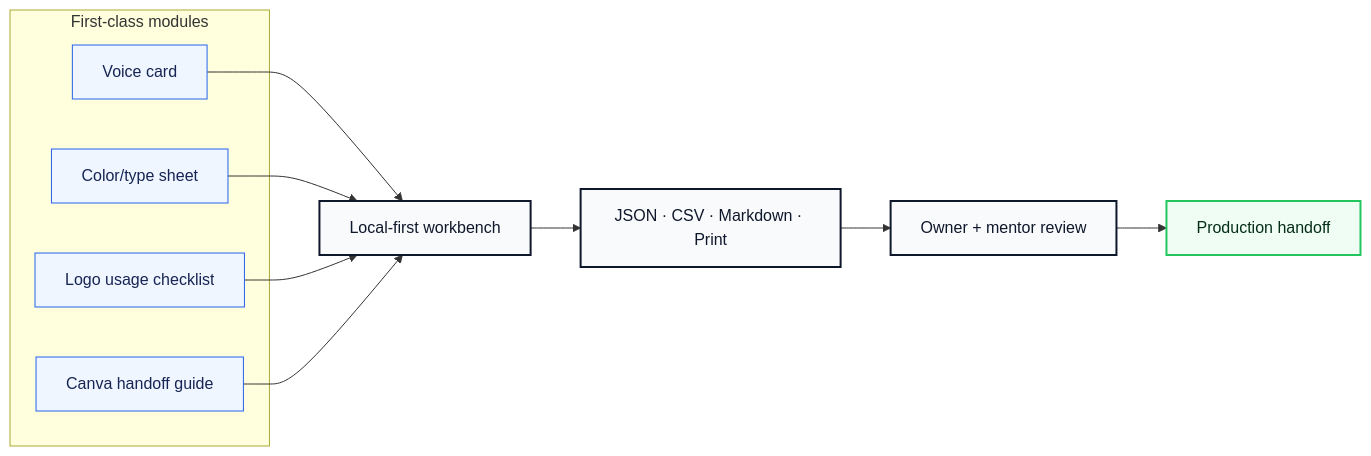
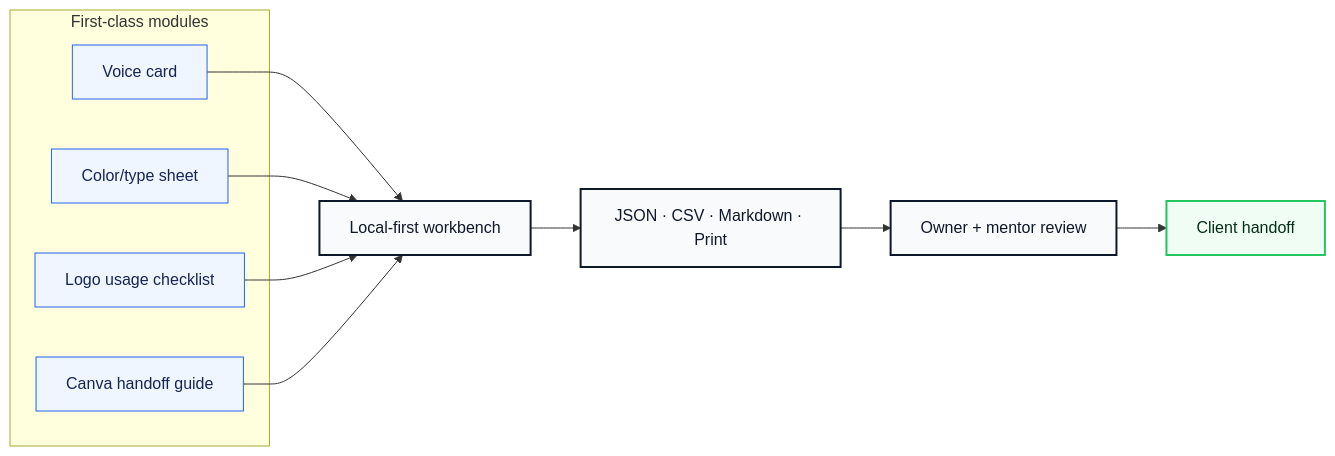
The second of 3 diagrams in README.md (volta-npo/brand-starter-kit), drawn with Mermaid before and after one commit. The commit also changed other lines of this file and 28 other files, not shown here.

````diff
--- a/README.md
+++ b/README.md
@@ -64,23 +64,23 @@
 ```mermaid
 flowchart LR
     subgraph Modules["First-class modules"]
         M1["Voice card"]
         M2["Color/type sheet"]
         M3["Logo usage checklist"]
         M4["Canva handoff guide"]
     end
     M1 --> Workbench
     M2 --> Workbench
     M3 --> Workbench
     M4 --> Workbench
     Workbench["Local-first workbench"] --> Exports["JSON · CSV · Markdown · Print"]
     Exports --> Review["Owner + mentor review"]
-    Review --> Launch["Production handoff"]
+    Review --> Launch["Client handoff"]
 
     classDef module fill:#eff6ff,stroke:#2563eb,color:#172554;
     classDef app fill:#f8fafc,stroke:#0f172a,color:#0f172a,stroke-width:2px;
     classDef launch fill:#f0fdf4,stroke:#22c55e,color:#052e16,stroke-width:2px;
     class M1,M2,M3,M4 module;
     class Workbench,Exports,Review app;
     class Launch launch;
 ```
````
